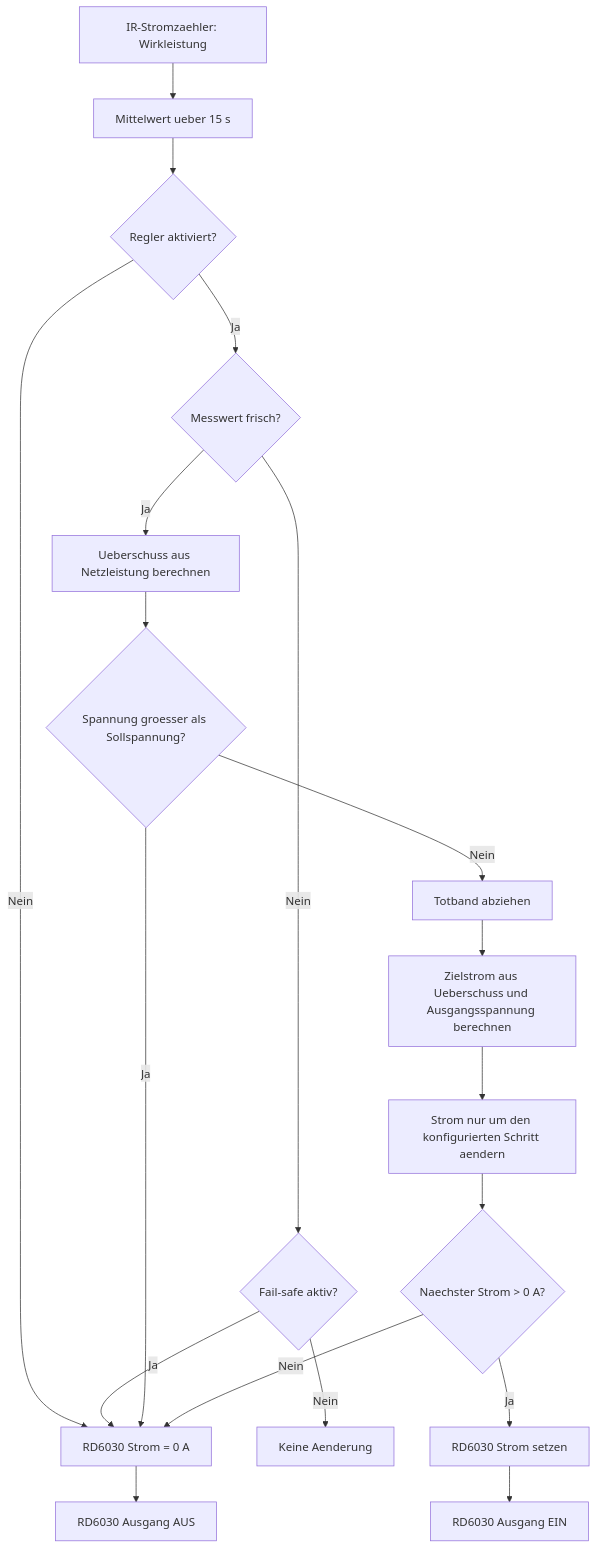
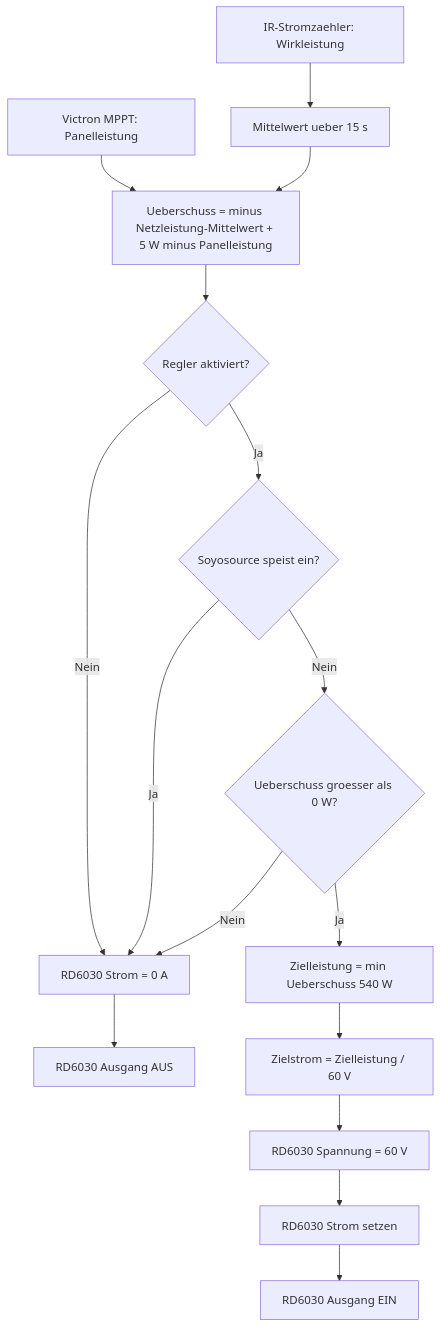
One commit to simonsilie/home-automation changed the diagram in homeassistant/README.md. Above: the diagram before and after it, drawn with Mermaid. The commit also changed other lines of this file and 1 other file, not shown here.

Commit message:
fix: update comment for Soyosource inverter idle condition in RD6030 surplus charging configuration

````diff
--- a/homeassistant/README.md
+++ b/homeassistant/README.md
@@ -19,24 +19,21 @@
 ```mermaid
 flowchart TD
   A[IR-Stromzaehler: Wirkleistung] --> B[Mittelwert ueber 15 s]
-  B --> C{Regler aktiviert?}
-  C -- Nein --> D[RD6030 Strom = 0 A]
-  D --> E[RD6030 Ausgang AUS]
+  V[Victron MPPT: Panelleistung] --> C
+  B --> C[Ueberschuss = minus Netzleistung-Mittelwert + 5 W minus Panelleistung]
+  C --> D{Regler aktiviert?}
+  D -- Nein --> E[RD6030 Strom = 0 A]
+  E --> F[RD6030 Ausgang AUS]
 
-  C -- Ja --> F{Messwert frisch?}
-  F -- Nein --> G{Fail-safe aktiv?}
-  G -- Ja --> D
-  G -- Nein --> H[Keine Aenderung]
+  D -- Ja --> G{Soyosource speist ein?}
+  G -- Ja --> E
 
-  F -- Ja --> I[Ueberschuss aus Netzleistung berechnen]
-  I --> J{Spannung groesser als Sollspannung?}
-  J -- Ja --> D
+  G -- Nein --> H{Ueberschuss groesser als 0 W?}
+  H -- Nein --> E
 
-  J -- Nein --> K[Totband abziehen]
-  K --> L[Zielstrom aus Ueberschuss und Ausgangsspannung berechnen]
-  L --> M[Strom nur um den konfigurierten Schritt aendern]
-  M --> N{Naechster Strom > 0 A?}
-  N -- Ja --> O[RD6030 Strom setzen]
-  O --> P[RD6030 Ausgang EIN]
-  N -- Nein --> D
+  H -- Ja --> I[Zielleistung = min Ueberschuss 540 W]
+  I --> J[Zielstrom = Zielleistung / 60 V]
+  J --> K[RD6030 Spannung = 60 V]
+  K --> L[RD6030 Strom setzen]
+  L --> M[RD6030 Ausgang EIN]
 ```
````
